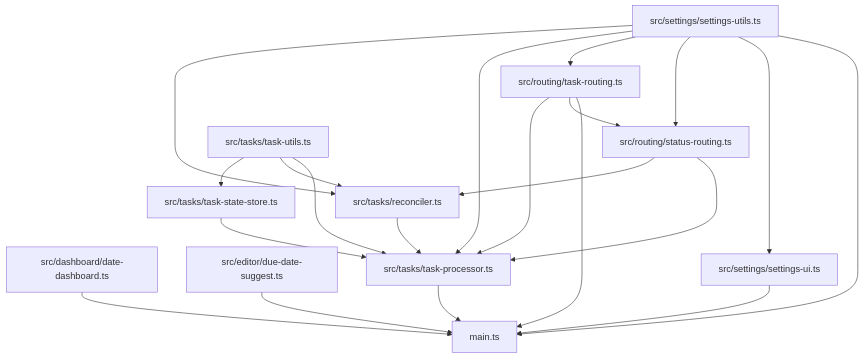
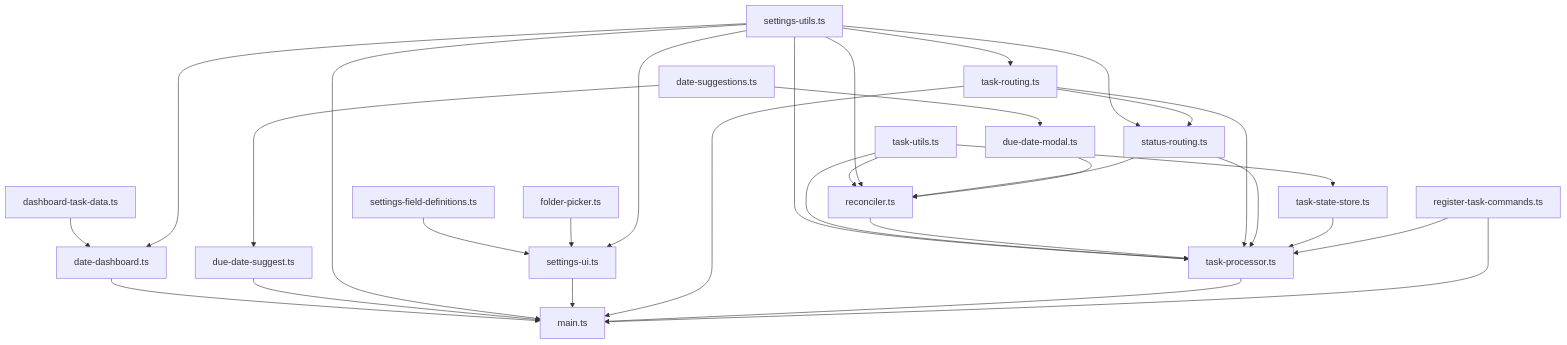
One commit to apurvanakade/obsidian-task-manager changed the diagram in README.md. Above: the diagram before and after it, drawn with Mermaid. The commit also changed other lines of this file and 1 other file, not shown here.

````diff
--- a/README.md
+++ b/README.md
@@ -84,44 +154,61 @@
 ```mermaid
 graph TD
    M[main.ts]
 
-   D[src/dashboard/date-dashboard.ts]
-   E[src/editor/due-date-suggest.ts]
+   D[date-dashboard.ts]
+   DTD[dashboard-task-data.ts]
+   E[due-date-suggest.ts]
+   DS[date-suggestions.ts]
 
-   SUI[src/settings/settings-ui.ts]
-   SU[src/settings/settings-utils.ts]
+   SUI[settings-ui.ts]
+   SU[settings-utils.ts]
+   SFD[settings-field-definitions.ts]
+   FP[folder-picker.ts]
 
-   RS[src/routing/status-routing.ts]
-   RT[src/routing/task-routing.ts]
+   RS[status-routing.ts]
+   RT[task-routing.ts]
 
-   TP[src/tasks/task-processor.ts]
-   RC[src/tasks/reconciler.ts]
-   TS[src/tasks/task-state-store.ts]
-   TU[src/tasks/task-utils.ts]
+   TP[task-processor.ts]
+   RC[reconciler.ts]
+   DDM[due-date-modal.ts]
+   TS[task-state-store.ts]
+   TU[task-utils.ts]
+   CMD[register-task-commands.ts]
 
    D --> M
    E --> M
    SU --> M
    SUI --> M
    RT --> M
    TP --> M
+   CMD --> M
 
+   DTD --> D
+   SU --> D
+
+   DS --> E
+
+   SFD --> SUI
+   FP --> SUI
    SU --> SUI
 
    SU --> RS
    RT --> RS
    SU --> RT
 
    SU --> TP
    TU --> TP
    RC --> TP
    RT --> TP
    RS --> TP
    TS --> TP
+   CMD --> TP
 
    TU --> RC
    SU --> RC
    RS --> RC
+   DDM --> RC
+   DS --> DDM
 
    TU --> TS
 ```
````
